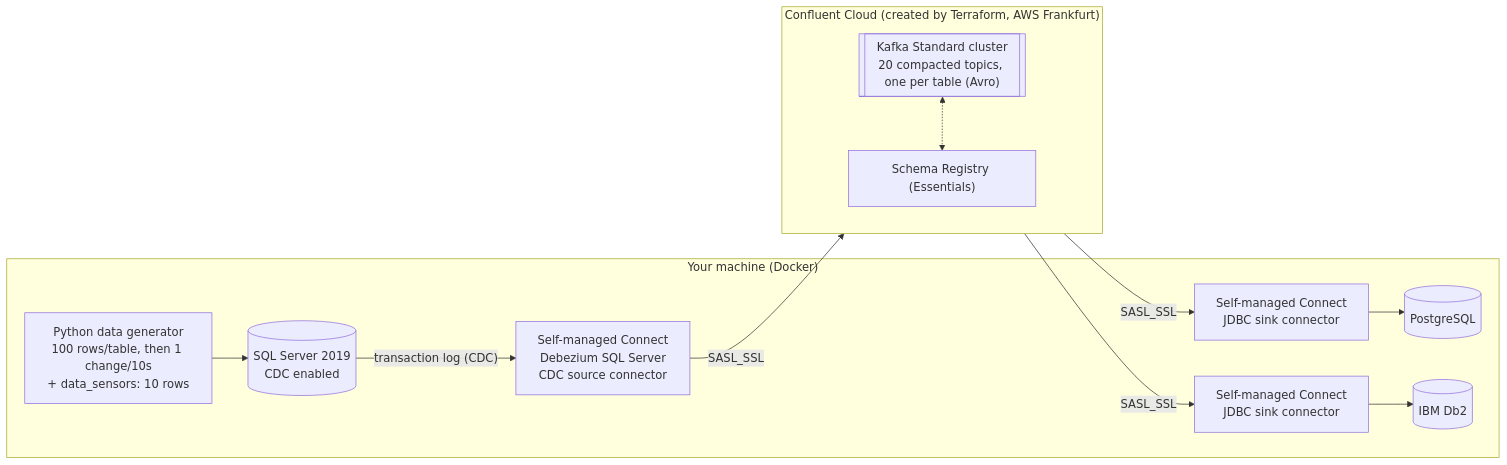
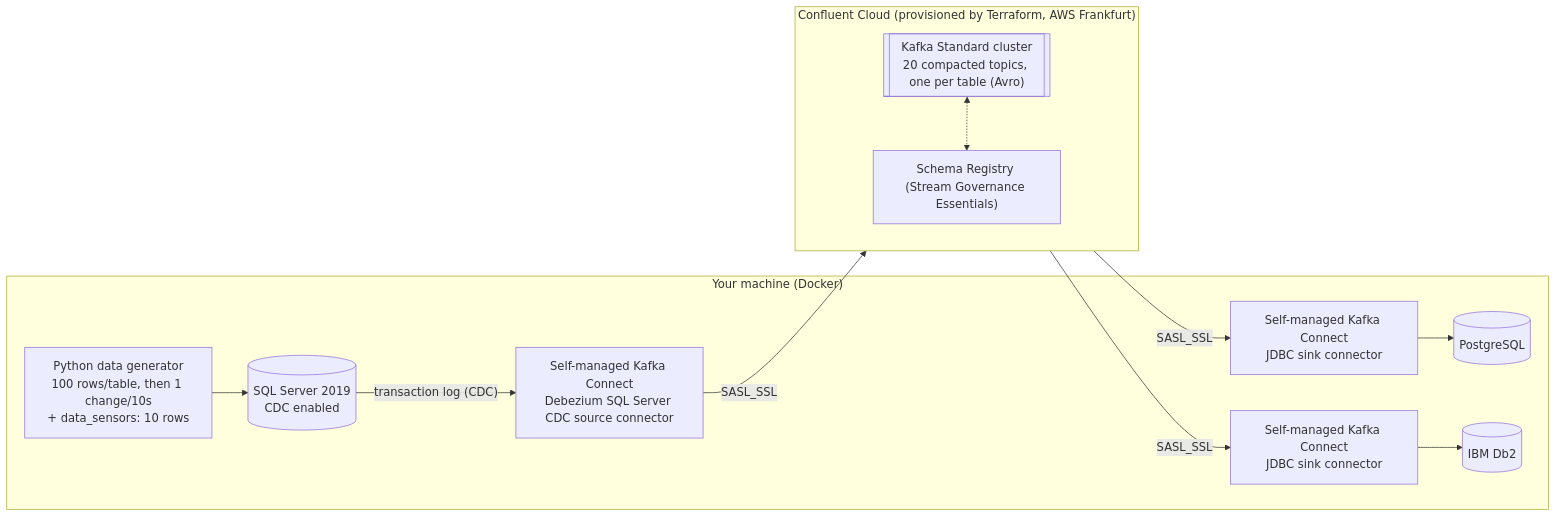
Before and after one commit to ifnesi/kafka-db-replication: the diagram in confluent_cloud/README.md, drawn with Mermaid. The commit also changed other lines of this file, not shown here.

First line of the commit message:
confluent_cloud README: visualise the data via CloudBeaver and CLI

````diff
--- a/confluent_cloud/README.md
+++ b/confluent_cloud/README.md
@@ -5,28 +5,28 @@
 ```mermaid
 flowchart LR
-    subgraph LOCAL["Your machine (Docker)"]
-        GEN["Python data generator<br/>100 rows/table, then 1 change/10s<br/>+ data_sensors: 10 rows"]
-        MSSQL[("SQL Server 2019<br/>CDC enabled")]
-        SRC["Self-managed Connect<br/>Debezium SQL Server<br/>CDC source connector"]
-        PGSINK["Self-managed Connect<br/>JDBC sink connector"]
-        DB2SINK["Self-managed Connect<br/>JDBC sink connector"]
-        PG[("PostgreSQL")]
-        DB2[("IBM Db2")]
+ subgraph LOCAL["Your machine (Docker)"]
+ GEN["Python data generator<br/>100 rows/table, then 1 change/10s<br/>+ data_sensors: 10 rows"]
+ MSSQL[("SQL Server 2019<br/>CDC enabled")]
+ SRC["Self-managed Kafka Connect<br/>Debezium SQL Server CDC source connector"]
+ PGSINK["Self-managed Kafka Connect<br/>JDBC sink connector"]
+ DB2SINK["Self-managed Kafka Connect<br/>JDBC sink connector"]
+ PG[("PostgreSQL")]
+ DB2[("IBM Db2")]
 
-        GEN --> MSSQL
-        MSSQL -->|"transaction log (CDC)"| SRC
-        PGSINK --> PG
-        DB2SINK --> DB2
-    end
+ GEN --> MSSQL
+ MSSQL -->|"transaction log (CDC)"| SRC
+ PGSINK --> PG
+ DB2SINK --> DB2
+ end
 
-    subgraph CLOUD["Confluent Cloud (created by Terraform, AWS Frankfurt)"]
-        direction TB
-        TOPICS[["Kafka Standard cluster<br/>20 compacted topics, one per table (Avro)"]]
-        SR["Schema Registry (Essentials)"]
-        TOPICS <-.-> SR
-    end
+ subgraph CLOUD["Confluent Cloud (provisioned by Terraform, AWS Frankfurt)"]
+ direction TB
+ TOPICS[["Kafka Standard cluster<br/>20 compacted topics, one per table (Avro)"]]
+ SR["Schema Registry (Stream Governance Essentials)"]
+ TOPICS <-.-> SR
+ end
 
-    SRC -->|"SASL_SSL"| TOPICS
-    TOPICS -->|"SASL_SSL"| PGSINK
-    TOPICS -->|"SASL_SSL"| DB2SINK
+ SRC -->|"SASL_SSL"| TOPICS
+ TOPICS -->|"SASL_SSL"| PGSINK
+ TOPICS -->|"SASL_SSL"| DB2SINK
 ```
````
